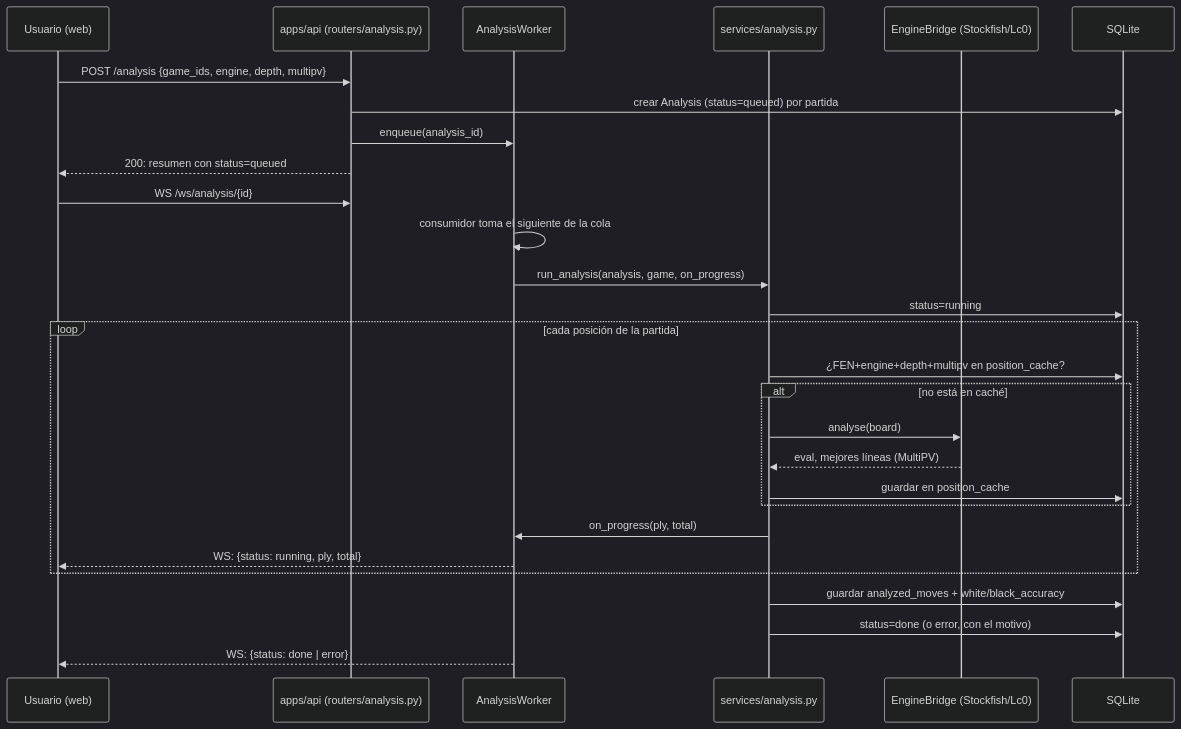
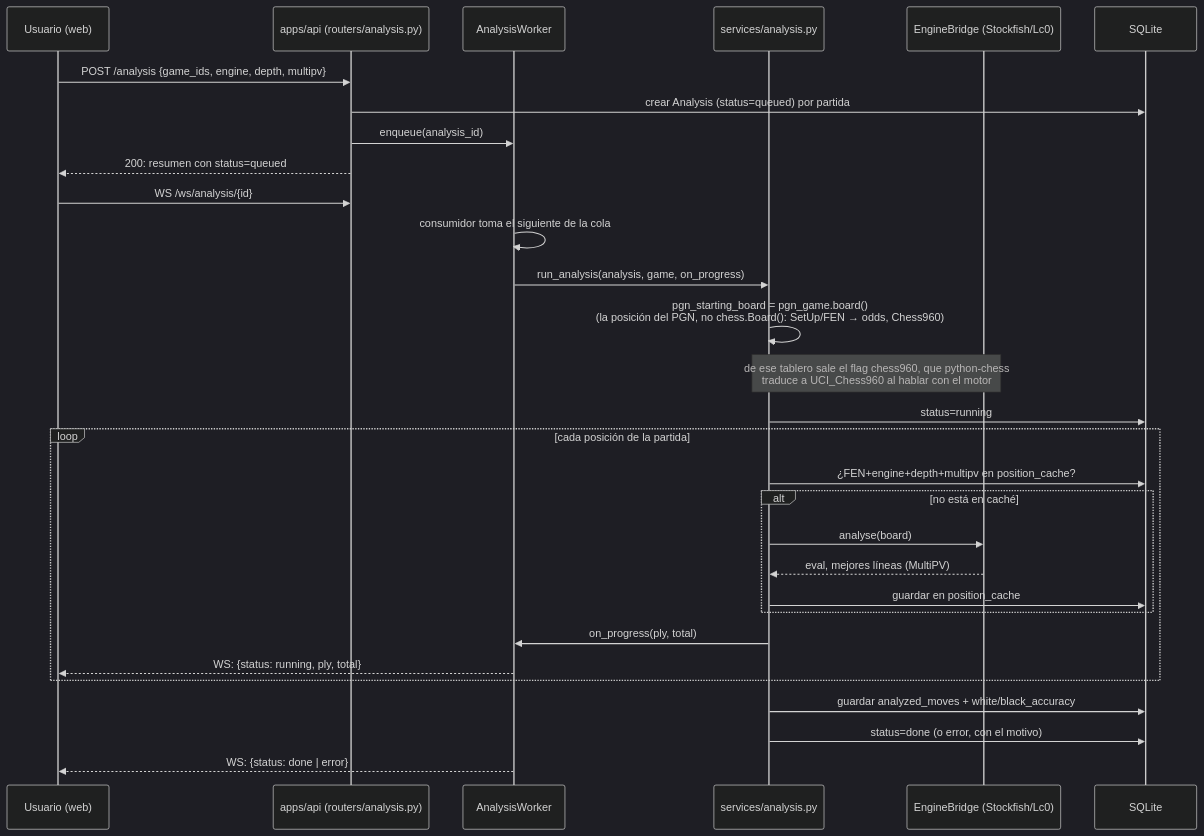
Before and after one commit to SirJsus/LUCIA: the fourth of 5 diagrams in docs/06-mapa-del-proyecto.md, drawn with Mermaid (dark theme). The commit also changed other lines of this file and 42 other files, not shown here.

````diff
--- a/docs/06-mapa-del-proyecto.md
+++ b/docs/06-mapa-del-proyecto.md
@@ -140,32 +153,34 @@
 ```mermaid
 sequenceDiagram
     participant U as Usuario (web)
     participant A as apps/api (routers/analysis.py)
     participant WK as AnalysisWorker
     participant S as services/analysis.py
     participant E as EngineBridge (Stockfish/Lc0)
     participant DB as SQLite
 
     U->>A: POST /analysis {game_ids, engine, depth, multipv}
     A->>DB: crear Analysis (status=queued) por partida
     A->>WK: enqueue(analysis_id)
     A-->>U: 200: resumen con status=queued
 
     U->>A: WS /ws/analysis/{id}
     WK->>WK: consumidor toma el siguiente de la cola
     WK->>S: run_analysis(analysis, game, on_progress)
+    S->>S: pgn_starting_board = pgn_game.board()<br/>(la posición del PGN, no chess.Board(): SetUp/FEN → odds, Chess960)
+    Note over S,E: de ese tablero sale el flag chess960, que python-chess<br/>traduce a UCI_Chess960 al hablar con el motor
     S->>DB: status=running
     loop cada posición de la partida
         S->>DB: ¿FEN+engine+depth+multipv en position_cache?
         alt no está en caché
             S->>E: analyse(board)
             E-->>S: eval, mejores líneas (MultiPV)
             S->>DB: guardar en position_cache
         end
         S->>WK: on_progress(ply, total)
         WK-->>U: WS: {status: running, ply, total}
     end
     S->>DB: guardar analyzed_moves + white/black_accuracy
     S->>DB: status=done (o error, con el motivo)
     WK-->>U: WS: {status: done | error}
 ```
````
